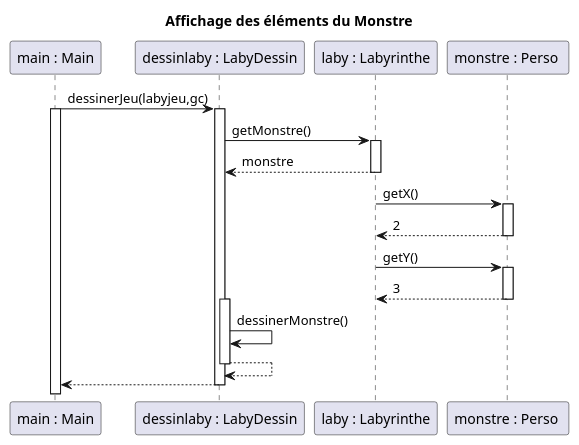
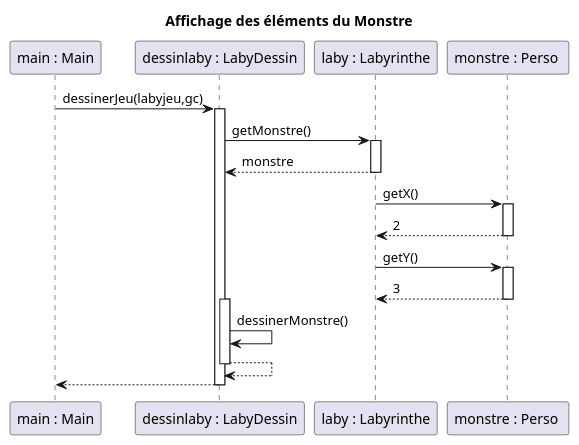
One commit to TanguyFox/2022_Zeldiablo_renard136u_seiler33u_serrier26u_arcelin1u changed the diagram in documents/version_3/DiagrammeSequenceMonstreGraphique.puml. Above: the diagram before and after it, drawn with PlantUML. The commit also changed 6 other files, not shown here.

Commit message:
Diagrammes

```diff
--- a/documents/version_3/DiagrammeSequenceMonstreGraphique.puml
+++ b/documents/version_3/DiagrammeSequenceMonstreGraphique.puml
@@ -1,40 +1,40 @@
 @startuml
 'https://plantuml.com/sequence-diagram
 
 
 title "Affichage des éléments du Monstre"
 
 participant "main : Main" as MAIN
 participant "dessinlaby : LabyDessin" as LD
 participant "laby : Labyrinthe" as L
 participant "monstre : Perso " as M
 
 
 
 MAIN ->LD : dessinerJeu(labyjeu,gc)
-activate MAIN
+
 
 activate LD
 LD -> L : getMonstre()
 
 activate L
 L --> LD : monstre
 deactivate L
 
 
 L -> M : getX()
 activate M
 M --> L : 2
 deactivate M
 
 L -> M : getY()
 activate M
 M --> L : 3
 deactivate M
 activate LD
 LD -> LD : dessinerMonstre()
 LD --> LD
 deactivate LD
 LD --> MAIN
 deactivate LD
 @enduml
```
